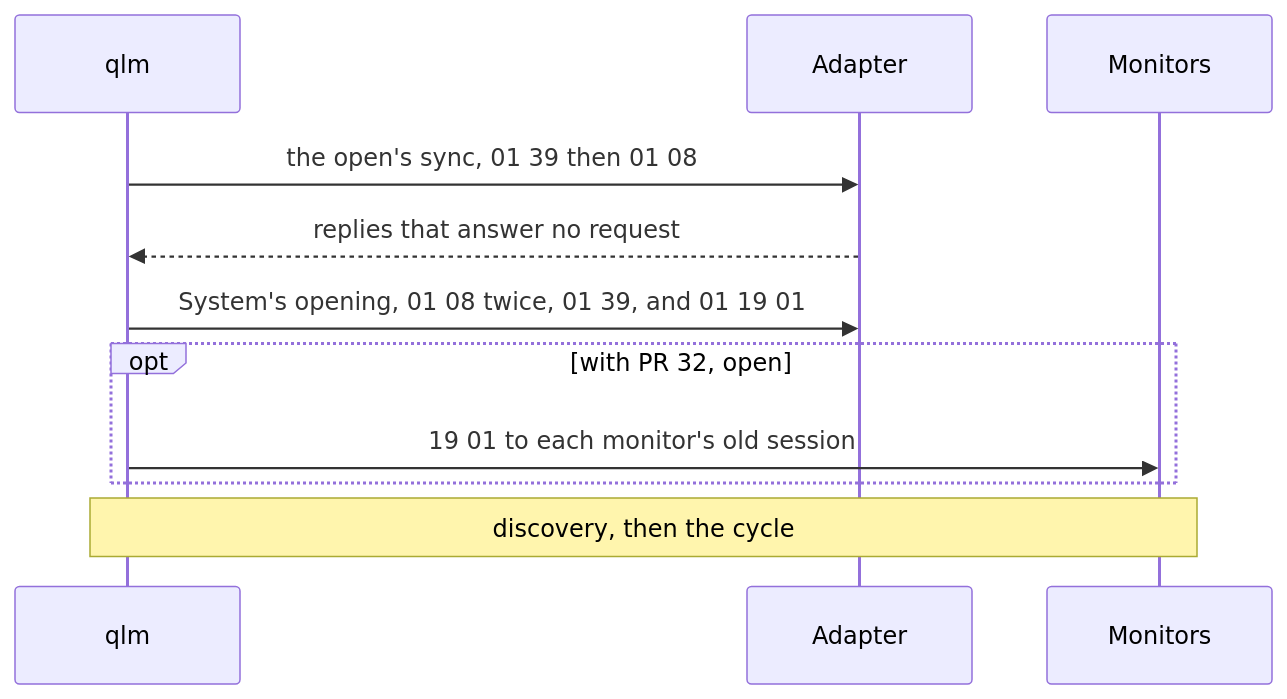
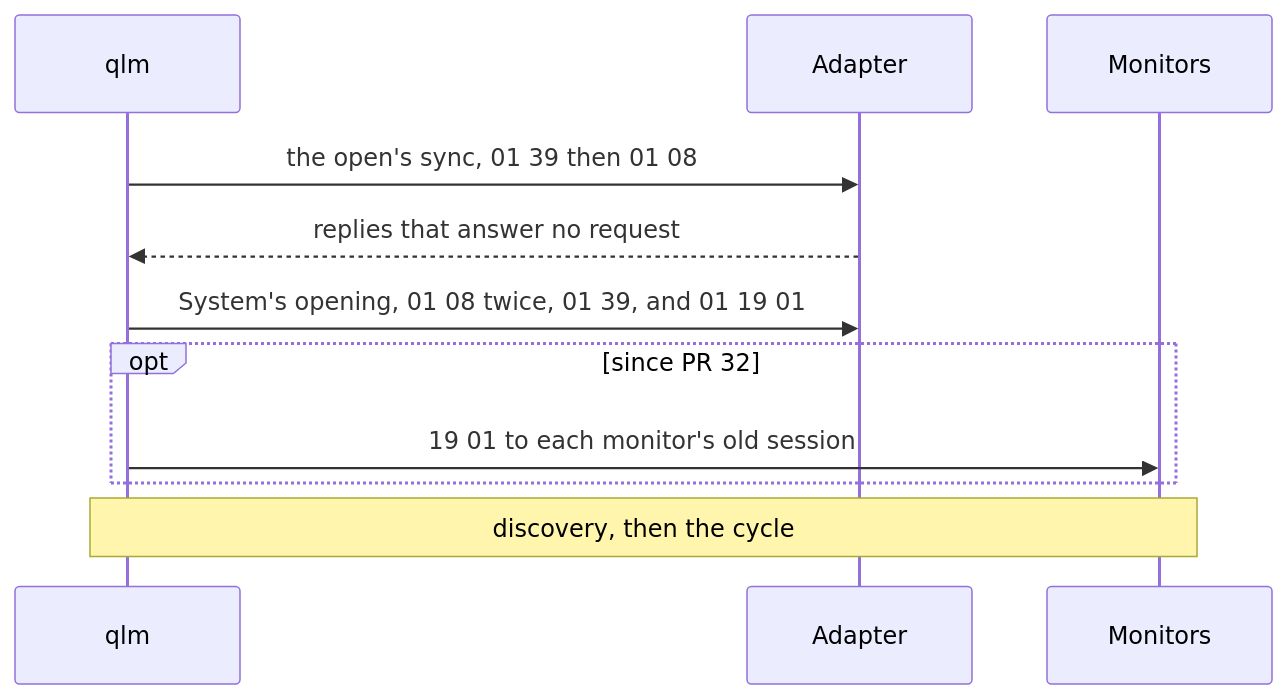
Before and after one commit to cmicali/qlm: the fourth of 10 diagrams in docs/protocol.md, drawn with Mermaid. The commit also changed other lines of this file, not shown here.

````diff
--- a/docs/protocol.md
+++ b/docs/protocol.md
@@ -662,13 +662,13 @@
 ```mermaid
 sequenceDiagram
     participant Q as qlm
     participant A as Adapter
     participant M as Monitors
     Q->>A: the open's sync, 01 39 then 01 08
     A-->>Q: replies that answer no request
     Q->>A: System's opening, 01 08 twice, 01 39, and 01 19 01
-    opt with PR 32, open
+    opt since PR 32
         Q->>M: 19 01 to each monitor's old session
     end
     Note over Q,M: discovery, then the cycle
 ```
````
